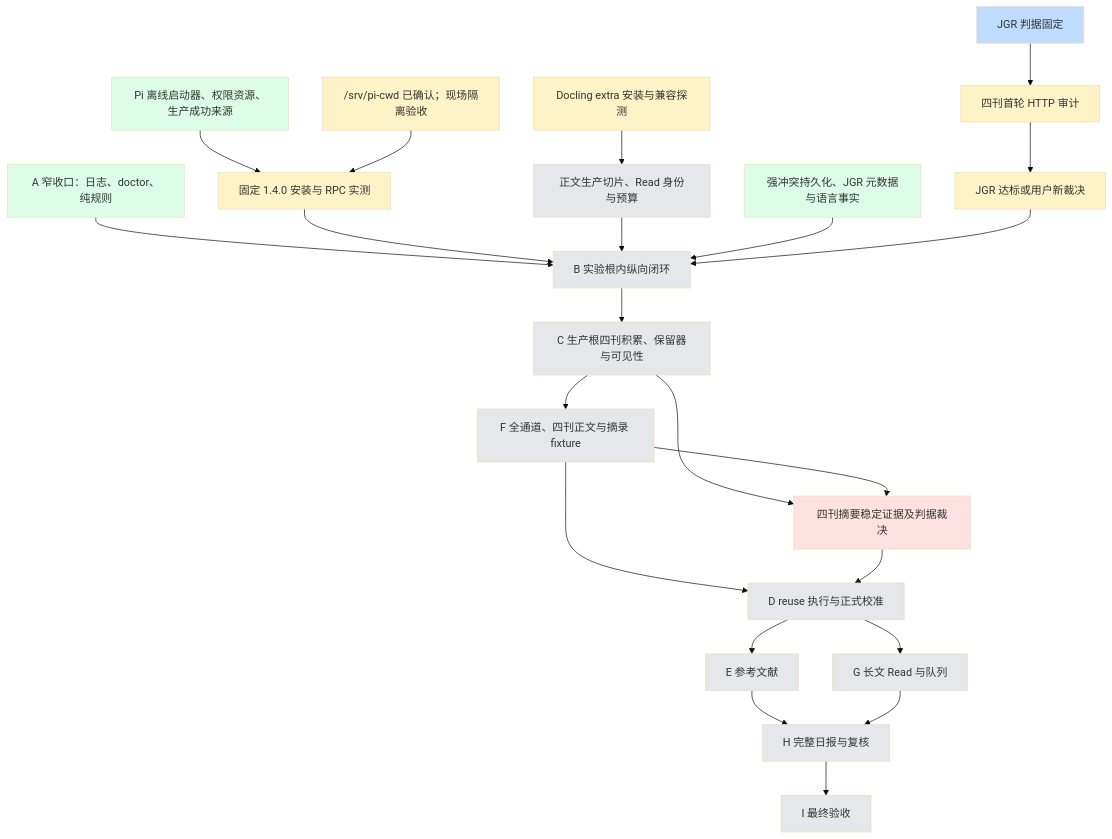
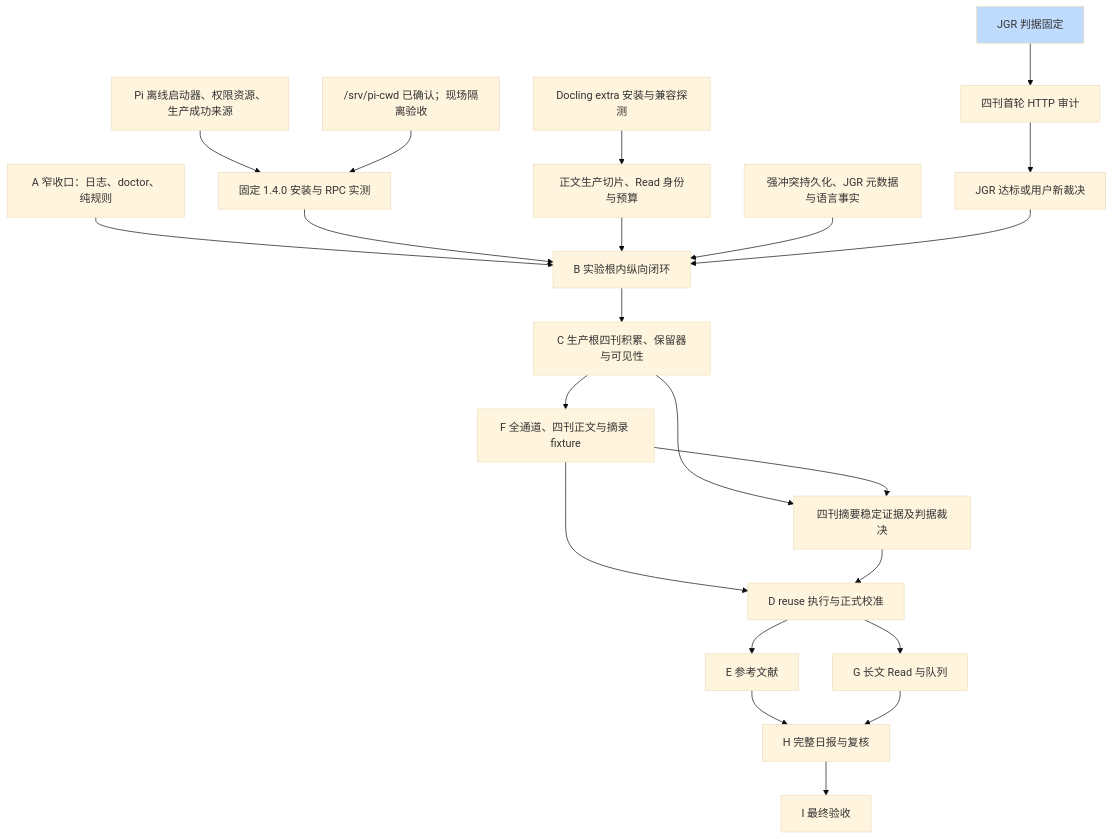
The diagram in docs/roadmap.md (MeteoBoy4/PaperRadar), drawn with Mermaid (base theme) before and after one commit. The commit also changed other lines of this file and 1 other file, not shown here.

Commit message:
Update Roadmap

````diff
--- a/docs/roadmap.md
+++ b/docs/roadmap.md
@@ -17,34 +17,26 @@
 ```mermaid
 flowchart TD
   J[JGR 判据固定] --> Audit[四刊首轮 HTTP 审计]
   Audit --> Source[JGR 达标或用户新裁决]
   A[A 窄收口：日志、doctor、纯规则] --> B[B 实验根内纵向闭环]
   Pi[Pi 离线启动器、权限资源、生产成功来源] --> Live[固定 1.4.0 安装与 RPC 实测]
   Cwd["/srv/pi-cwd 已确认；现场隔离验收"] --> Live
   Live --> B
   Extra[Docling extra 安装与兼容探测] --> Body[正文生产切片、Read 身份与预算]
   Body --> B
   Feed[强冲突持久化、JGR 元数据与语言事实] --> B
   Source --> B
   B --> C[C 生产根四刊积累、保留器与可见性]
   C --> F[F 全通道、四刊正文与摘录 fixture]
   C --> Abstract[四刊摘要稳定证据及判据裁决]
   F --> Abstract
   F --> D[D reuse 执行与正式校准]
   Abstract --> D
   D --> E[E 参考文献]
   D --> G[G 长文 Read 与队列]
   E --> H[H 完整日报与复核]
   G --> H
   H --> I[I 最终验收]
   classDef completed fill:#bfdbfe
   class J completed
-  classDef ready fill:#dcfce7
-  classDef explore fill:#fef3c7
-  classDef shape fill:#e5e7eb
-  classDef decision fill:#fee2e2
-  class A,Pi,Feed ready
-  class Audit,Source,Cwd,Live,Extra explore
-  class Body,B,C,F,D,E,G,H,I shape
-  class Abstract decision
 ```
````
